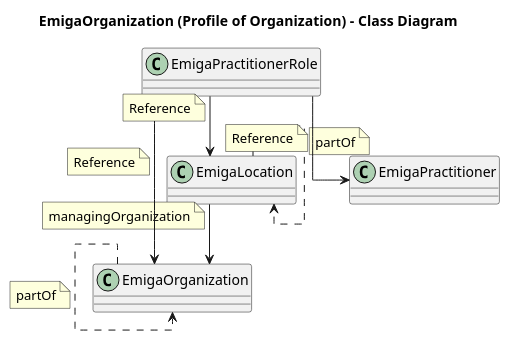
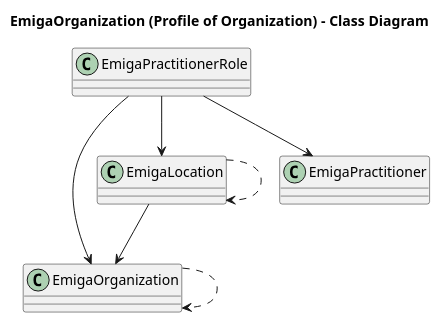
Before and after one commit to robert-koch-institut/rki.emiga.vzd: the diagram in rki.emiga.vzd/PlantUML/OrganizationOrg.puml, drawn with PlantUML.

Commit message:
feat: finaler review mit Kostas

```diff
--- a/rki.emiga.vzd/PlantUML/OrganizationOrg.puml
+++ b/rki.emiga.vzd/PlantUML/OrganizationOrg.puml
@@ -1,37 +1,26 @@
 @startuml
-skinparam linetype ortho
 
 title EmigaOrganization (Profile of Organization) - Class Diagram
 
 class EmigaOrganization{
 }
 
 class EmigaLocation{
 }
 
 class EmigaPractitioner{
 }
 
 class EmigaPractitionerRole{
 }
 
 EmigaOrganization ..> EmigaOrganization
-note on link: partOf
-
 EmigaLocation --> EmigaOrganization
-note on link: managingOrganization
-
 EmigaLocation ..> EmigaLocation
-note on link: partOf
 
 EmigaPractitionerRole --> EmigaPractitioner
-note on link: Reference
-
 EmigaPractitionerRole --> EmigaOrganization
-note on link: Reference
-
 EmigaPractitionerRole --> EmigaLocation
-note on link: Reference
 
 
 @enduml
```
